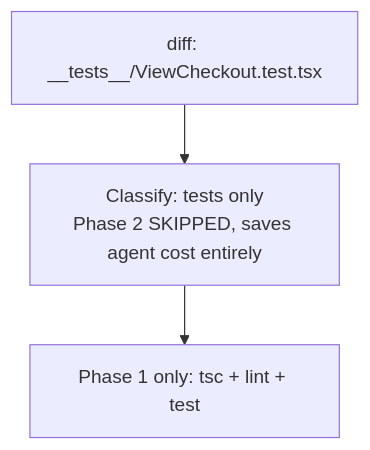
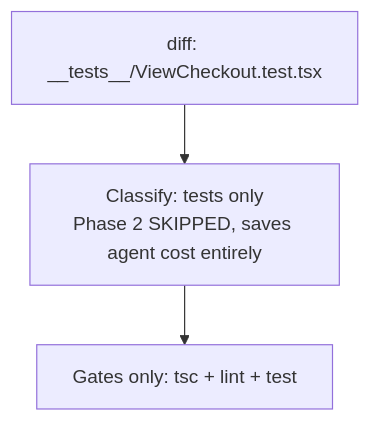
The eighth of 14 diagrams in README.md (raditia/CraftKit), drawn with Mermaid before and after one commit. The commit also changed other lines of this file and 8 other files, not shown here.

````diff
--- a/README.md
+++ b/README.md
@@ -402,5 +392,5 @@
 ```mermaid
 flowchart TD
     A["diff: __tests__/ViewCheckout.test.tsx"] --> B["Classify: tests only\nPhase 2 SKIPPED, saves agent cost entirely"]
-    B --> C["Phase 1 only: tsc + lint + test"]
+    B --> C["Gates only: tsc + lint + test"]
 ```
````
